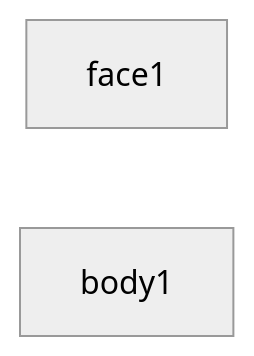
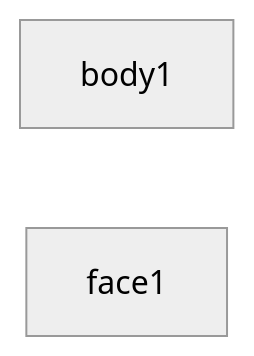
One commit to ros4hri/hri_person_manager changed the third of 34 diagrams in test/test-graphs.md. Above: the diagram before and after it, drawn with Mermaid (neutral theme). The commit also changed other lines of this file and 8 other files, not shown here.

First line of the commit message:
C++ impl complete, based on boost::graph

````diff
--- a/test/test-graphs.md
+++ b/test/test-graphs.md
@@ -35,6 +43,6 @@
 ``` mermaid
 graph LR
 
+body1
 face1
-body1
 ```
````
